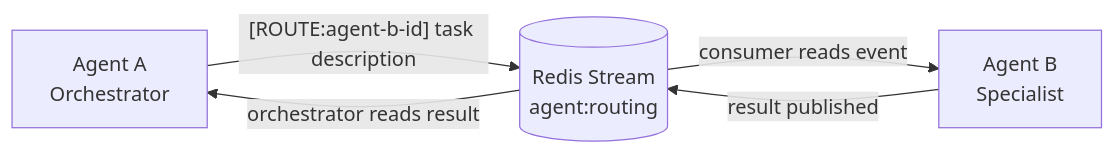
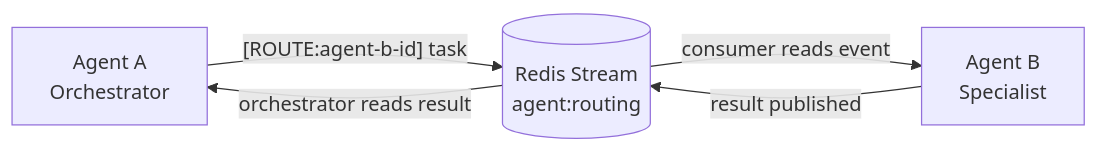
One commit to asadkaramat/enterprise-ai-agent-platform changed diagram 14 of 17 in README.md. Above: the diagram before and after it, drawn with Mermaid. The commit also changed other lines of this file and 58 other files, not shown here.

````diff
--- a/README.md
+++ b/README.md
@@ -233,7 +723,7 @@
 ```mermaid
 flowchart LR
-    A[Agent A<br/>Orchestrator] -->|"[ROUTE:agent-b-id] task description"| RD[(Redis Stream<br/>agent:routing)]
+    A[Agent A<br/>Orchestrator] -->|"[ROUTE:agent-b-id] task"| RD[(Redis Stream<br/>agent:routing)]
     RD -->|consumer reads event| B[Agent B<br/>Specialist]
     B -->|result published| RD
     RD -->|orchestrator reads result| A
 ```
````
